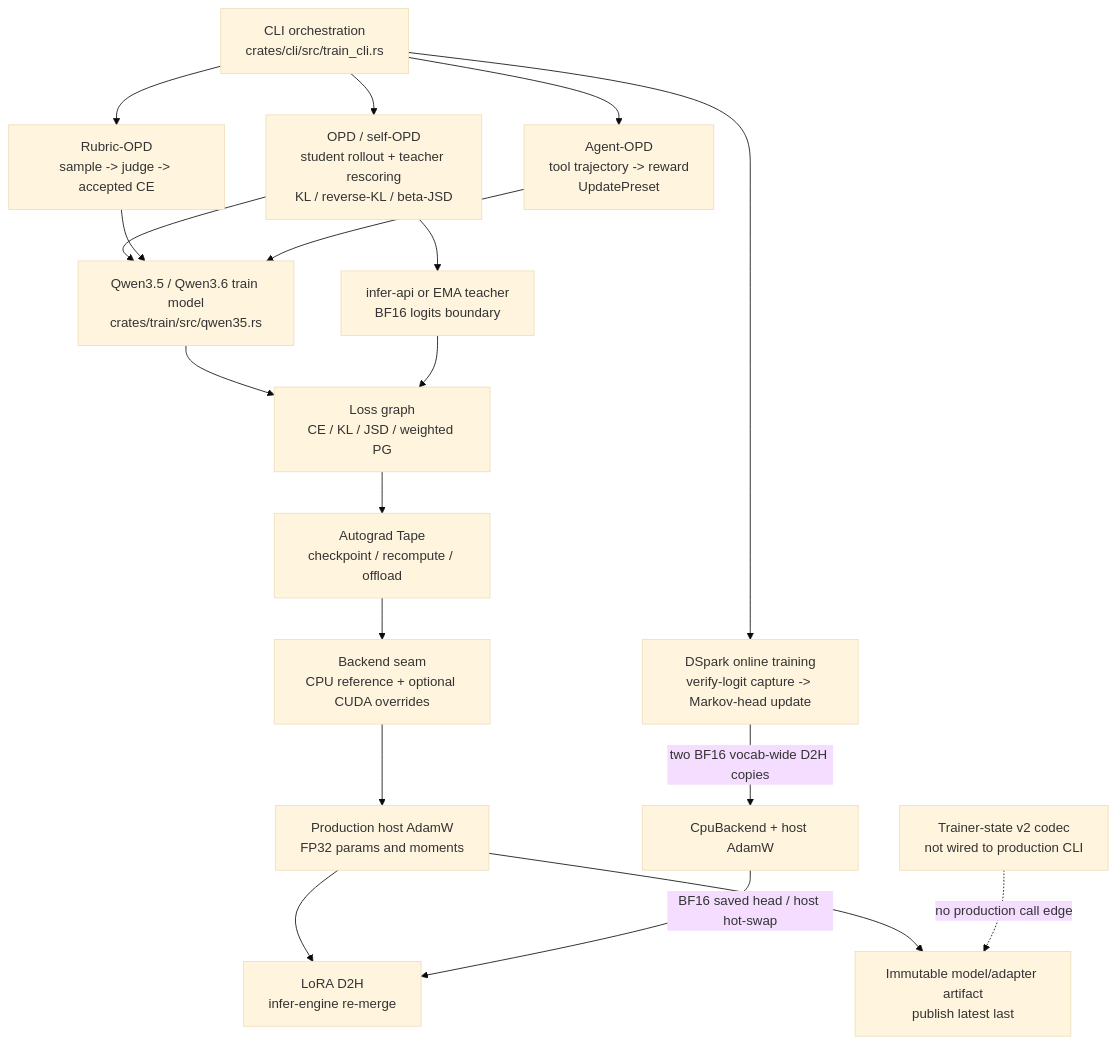
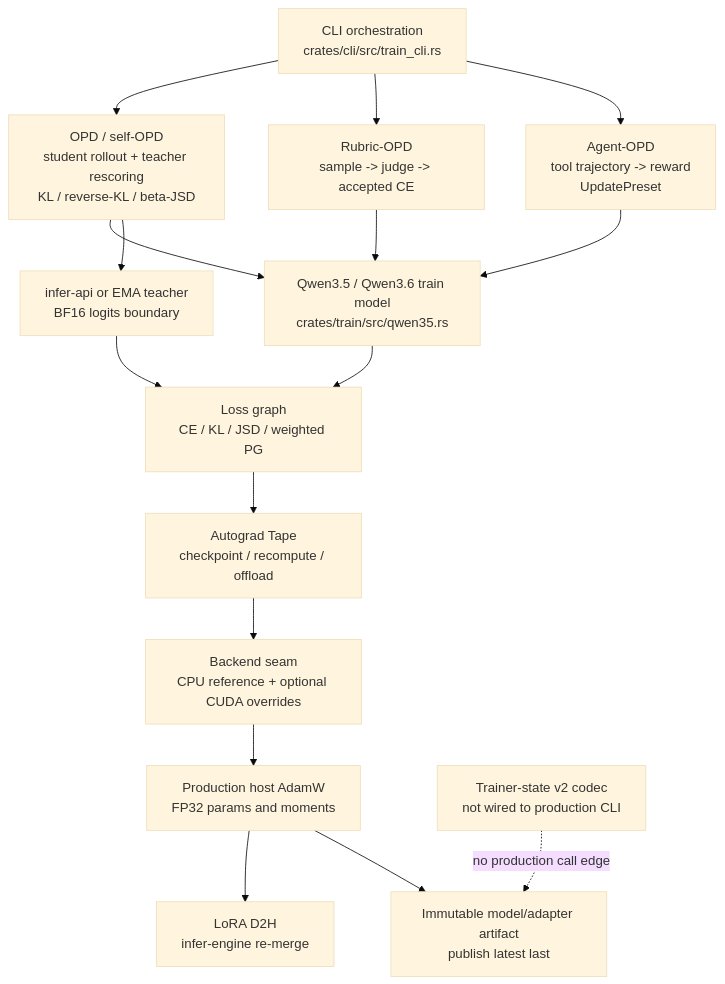
Before and after one commit to acupof-ai/arle: the diagram in README.md, drawn with Mermaid (base theme). The commit also changed other lines of this file and 1 other file, not shown here.

First line of the commit message:
docs(readme): drop the removed DSpark train sidecar from both READMEs

````diff
--- a/README.md
+++ b/README.md
@@ -214,36 +211,32 @@
 ```mermaid
 flowchart TD
   CLI["CLI orchestration<br/>crates/cli/src/train_cli.rs"]
   OPD["OPD / self-OPD<br/>student rollout + teacher rescoring<br/>KL / reverse-KL / beta-JSD"]
   RUBRIC["Rubric-OPD<br/>sample -> judge -> accepted CE"]
   AGENT["Agent-OPD<br/>tool trajectory -> reward<br/>UpdatePreset"]
-  DSPARK["DSpark online training<br/>verify-logit capture -> Markov-head update"]
   STUDENT["Qwen3.5 / Qwen3.6 train model<br/>crates/train/src/qwen35.rs"]
   TEACHER["infer-api or EMA teacher<br/>BF16 logits boundary"]
   LOSS["Loss graph<br/>CE / KL / JSD / weighted PG"]
   TAPE["Autograd Tape<br/>checkpoint / recompute / offload"]
   BACKEND["Backend seam<br/>CPU reference + optional CUDA overrides"]
   OPT["Production host AdamW<br/>FP32 params and moments"]
   SYNC["LoRA D2H<br/>infer-engine re-merge"]
   ART["Immutable model/adapter artifact<br/>publish latest last"]
   CODEC["Trainer-state v2 codec<br/>not wired to production CLI"]
 
   CLI --> OPD
   CLI --> RUBRIC
   CLI --> AGENT
-  CLI --> DSPARK
   OPD --> STUDENT
   OPD --> TEACHER
   RUBRIC --> STUDENT
   AGENT --> STUDENT
   STUDENT --> LOSS
   TEACHER --> LOSS
   LOSS --> TAPE
   TAPE --> BACKEND
   BACKEND --> OPT
   OPT --> SYNC
   OPT --> ART
   CODEC -. "no production call edge" .-> ART
-  DSPARK -->|"two BF16 vocab-wide D2H copies"| DSPCPU["CpuBackend + host AdamW"]
-  DSPCPU -->|"BF16 saved head / host hot-swap"| SYNC
 ```
````
